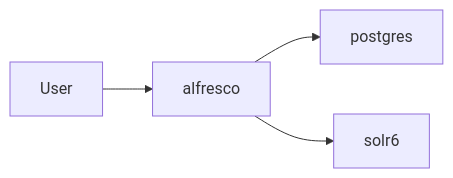
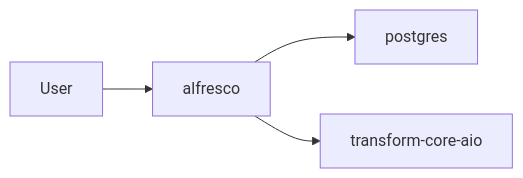
Before and after one commit to aborroy/alfresco-onprem-to-cloud-lab: the second of 12 diagrams in README.md, drawn with Mermaid. The commit also changed other lines of this file and 3 other files, not shown here.

````diff
--- a/README.md
+++ b/README.md
@@ -110,6 +110,6 @@
 ```mermaid
 flowchart LR
   user["User"] --> repo["alfresco"]
   repo --> db["postgres"]
-  repo --> solr["solr6"]
+  repo --> aio["transform-core-aio"]
 ```
````
